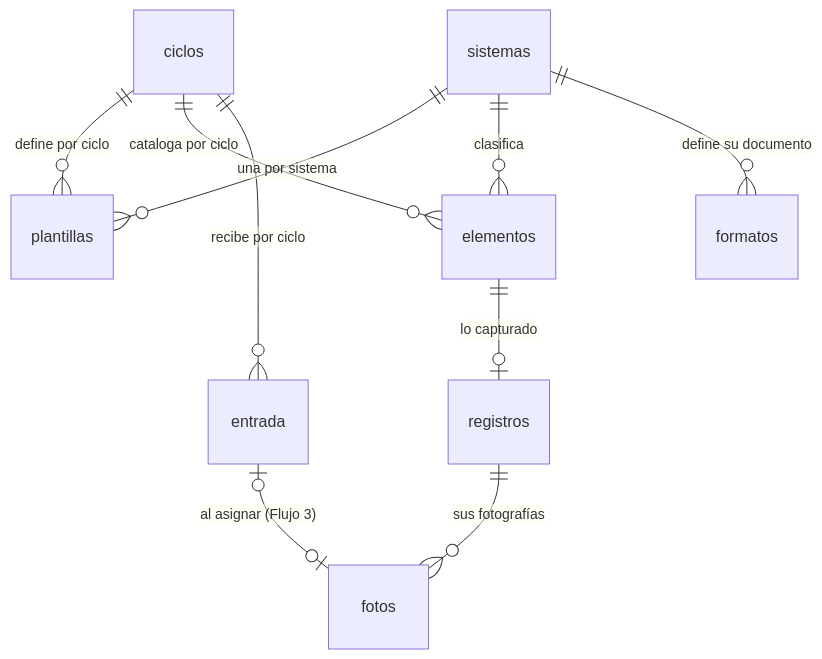
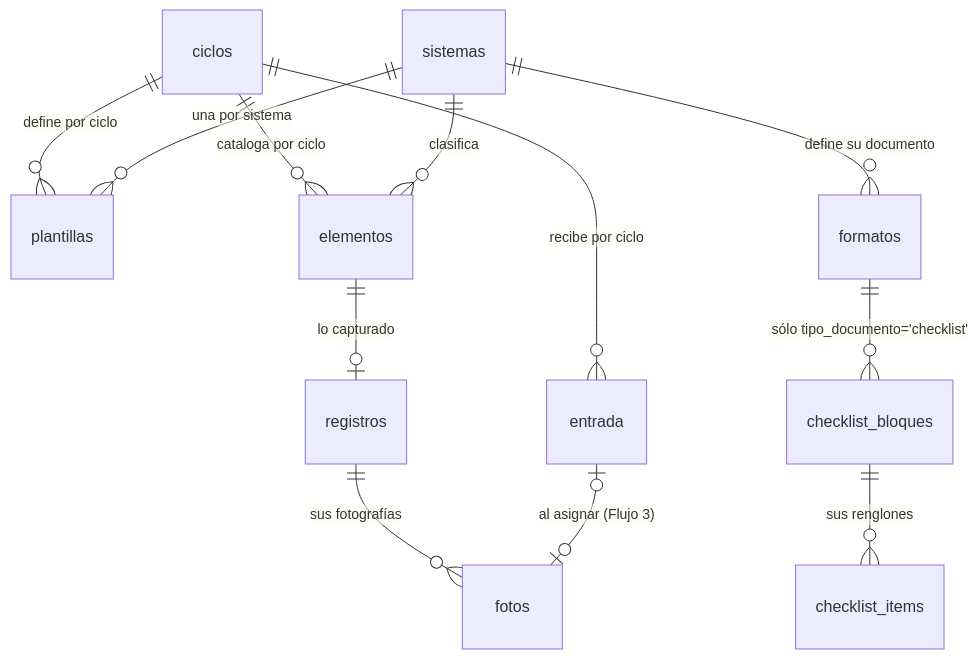
One commit to BenchHPZ/captura-revision-periodica-sci changed the diagram in docs/modelo-de-datos.md. Above: the diagram before and after it, drawn with Mermaid. The commit also changed other lines of this file and 25 other files, not shown here.

````diff
--- a/docs/modelo-de-datos.md
+++ b/docs/modelo-de-datos.md
@@ -10,12 +10,14 @@
 ```mermaid
 erDiagram
     ciclos ||--o{ plantillas : "define por ciclo"
     ciclos ||--o{ elementos : "cataloga por ciclo"
     ciclos ||--o{ entrada : "recibe por ciclo"
     sistemas ||--o{ plantillas : "una por sistema"
     sistemas ||--o{ elementos : "clasifica"
     sistemas ||--o{ formatos : "define su documento"
     elementos ||--o| registros : "lo capturado"
     registros ||--o{ fotos : "sus fotografías"
     entrada |o--o| fotos : "al asignar (Flujo 3)"
+    formatos ||--o{ checklist_bloques : "sólo tipo_documento='checklist'"
+    checklist_bloques ||--o{ checklist_items : "sus renglones"
 ```
````
